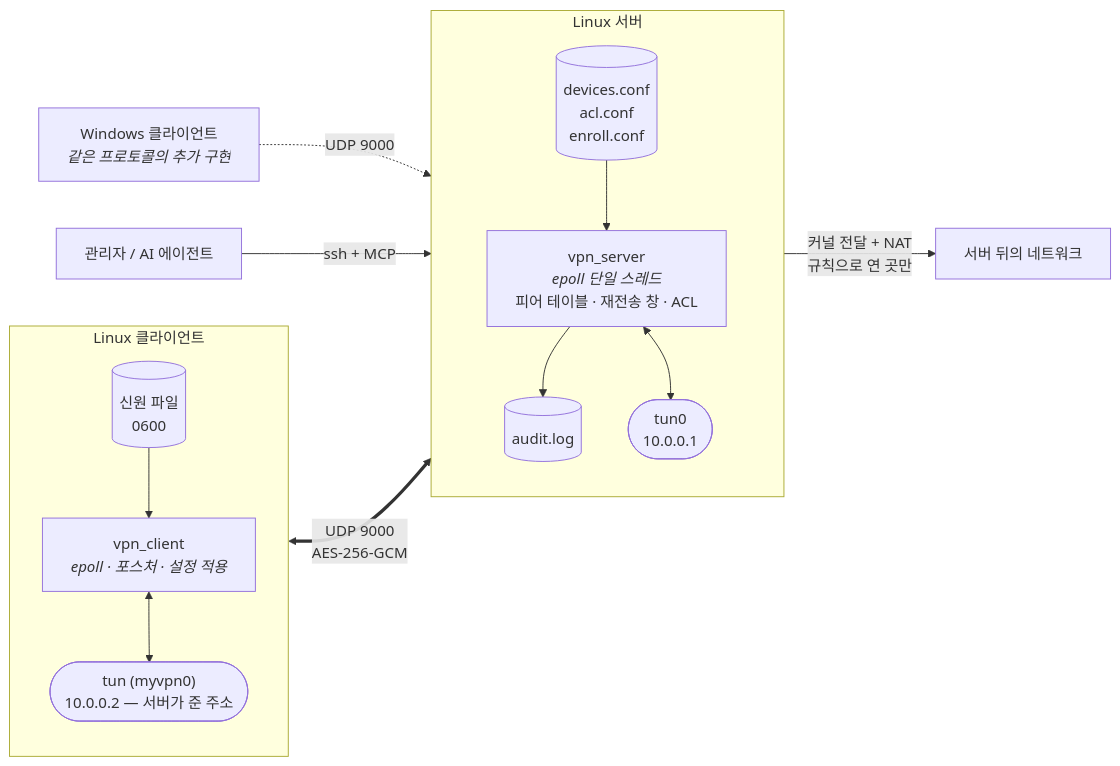
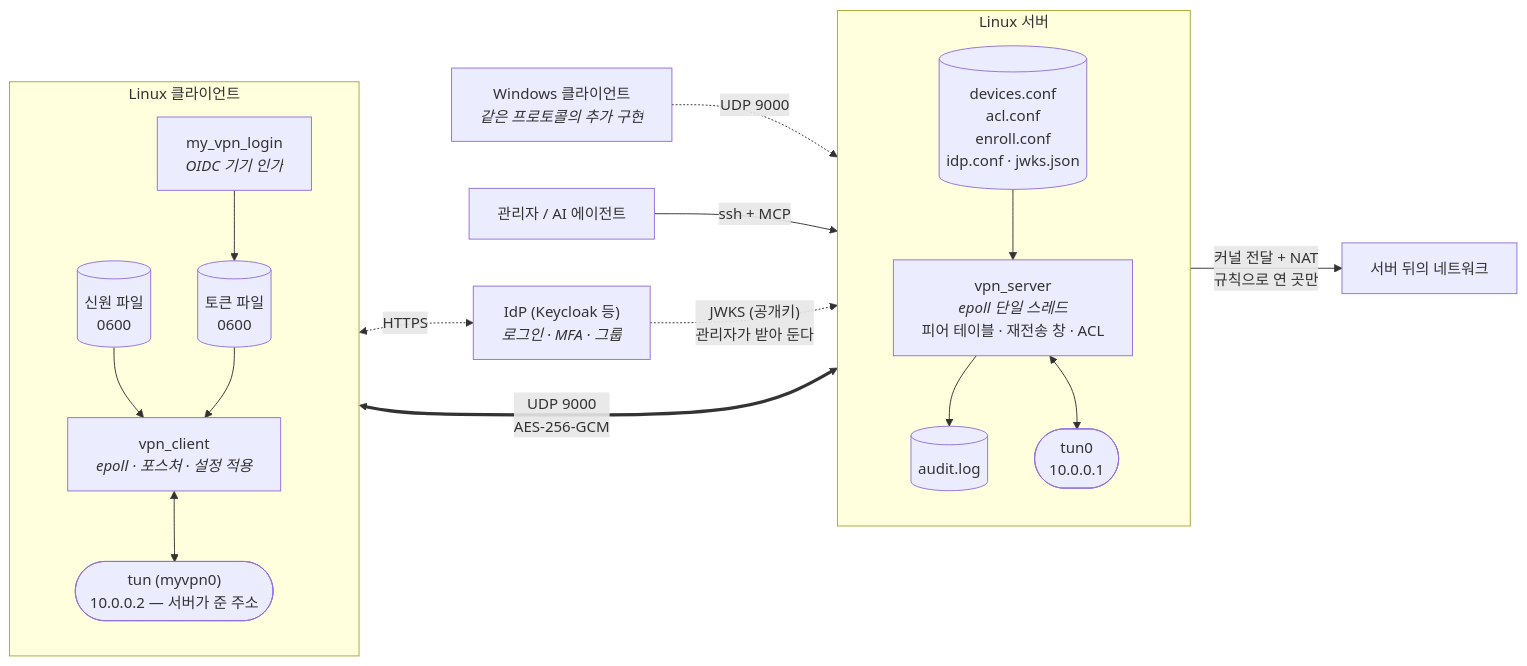
One commit to k1msatgat/my_vpn changed the first of 3 diagrams in README.md. Above: the diagram before and after it, drawn with Mermaid. The commit also changed other lines of this file and 28 other files, not shown here.

````diff
--- a/README.md
+++ b/README.md
@@ -38,31 +39,38 @@
 ```mermaid
 flowchart LR
     subgraph CLI["Linux 클라이언트"]
         direction TB
         VC["vpn_client<br/><i>epoll · 포스처 · 설정 적용</i>"]
         CT(["tun (myvpn0)<br/>10.0.0.2 — 서버가 준 주소"])
         ID[("신원 파일<br/>0600")]
+        LG["my_vpn_login<br/><i>OIDC 기기 인가</i>"]
+        TK[("토큰 파일<br/>0600")]
         ID --> VC
+        LG --> TK --> VC
         VC <--> CT
     end
 
     subgraph SRV["Linux 서버"]
         direction TB
         VS["vpn_server<br/><i>epoll 단일 스레드</i><br/>피어 테이블 · 재전송 창 · ACL"]
         TUN(["tun0<br/>10.0.0.1"])
-        CONF[("devices.conf<br/>acl.conf<br/>enroll.conf")]
+        CONF[("devices.conf<br/>acl.conf<br/>enroll.conf<br/>idp.conf · jwks.json")]
         AUD[("audit.log")]
         CONF --> VS
         VS --> AUD
         VS <--> TUN
     end
 
     WIN["Windows 클라이언트<br/><i>같은 프로토콜의 추가 구현</i>"]
     NET["서버 뒤의 네트워크"]
     ADMIN["관리자 / AI 에이전트"]
 
     VC <==>|"UDP 9000<br/>AES-256-GCM"| VS
     WIN -.->|"UDP 9000"| VS
     TUN -->|"커널 전달 + NAT<br/>규칙으로 연 곳만"| NET
     ADMIN -->|"ssh + MCP"| CONF
+
+    IDP["IdP (Keycloak 등)<br/><i>로그인 · MFA · 그룹</i>"]
+    LG <-.->|"HTTPS"| IDP
+    IDP -.->|"JWKS (공개키)<br/>관리자가 받아 둔다"| CONF
 ```
````
